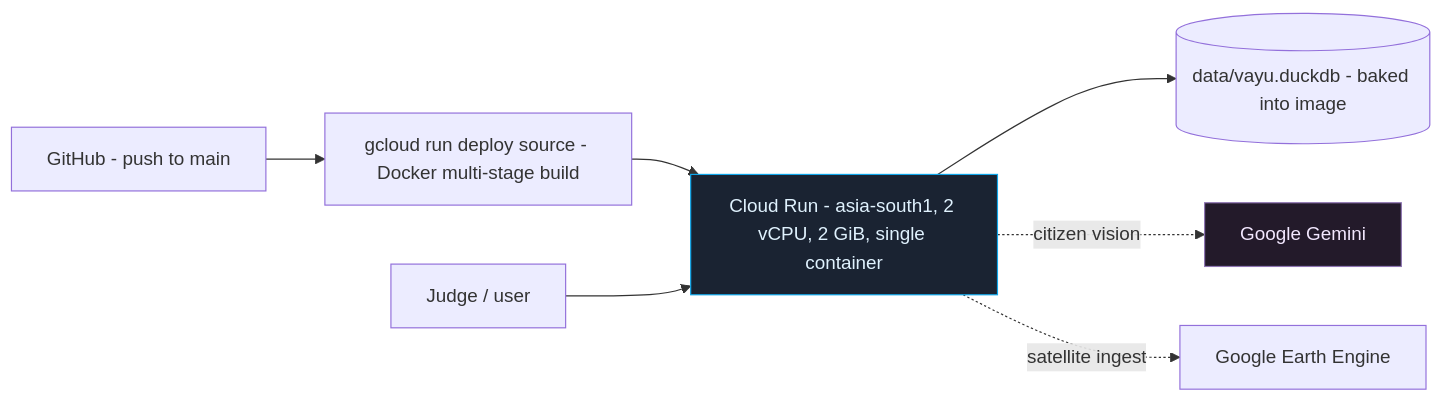
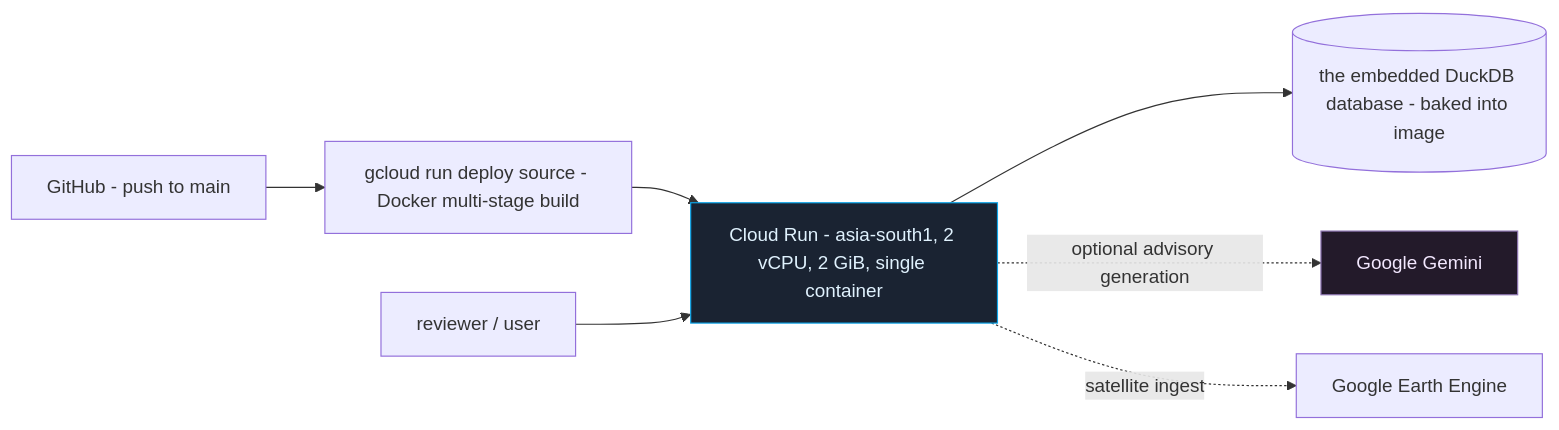
Before and after one commit to ashoka0402/final_year_project: the fourth of 4 diagrams in README.md, drawn with Mermaid. The commit also changed other lines of this file, not shown here.

````diff
--- a/README.md
+++ b/README.md
@@ -747,12 +739,12 @@
 ```mermaid
 flowchart LR
     GH["GitHub - push to main"] --> BUILD["gcloud run deploy source - Docker multi-stage build"]
     BUILD --> CR["Cloud Run - asia-south1, 2 vCPU, 2 GiB, single container"]
-    CR --> DB[("data/vayu.duckdb - baked into image")]
-    U["Judge / user"] --> CR
-    CR -.citizen vision.-> GEMINI["Google Gemini"]
+    CR --> DB[("the embedded DuckDB database - baked into image")]
+    U["reviewer / user"] --> CR
+    CR -.optional advisory generation.-> GEMINI["Google Gemini"]
     CR -.satellite ingest.-> GEE["Google Earth Engine"]
 
     style CR fill:#1a2332,stroke:#0ea5e9,color:#e0f2fe
     style GEMINI fill:#231a2a,stroke:#8E75B2,color:#f3e8ff
 ```
````
